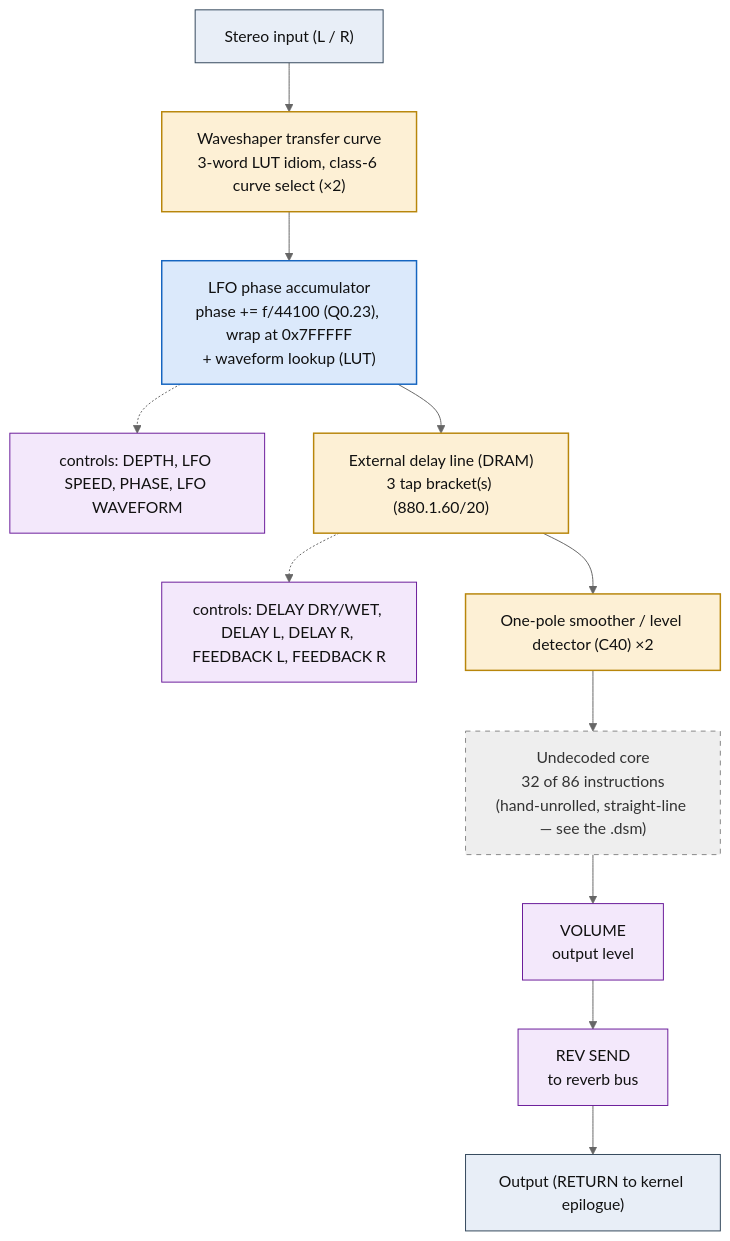
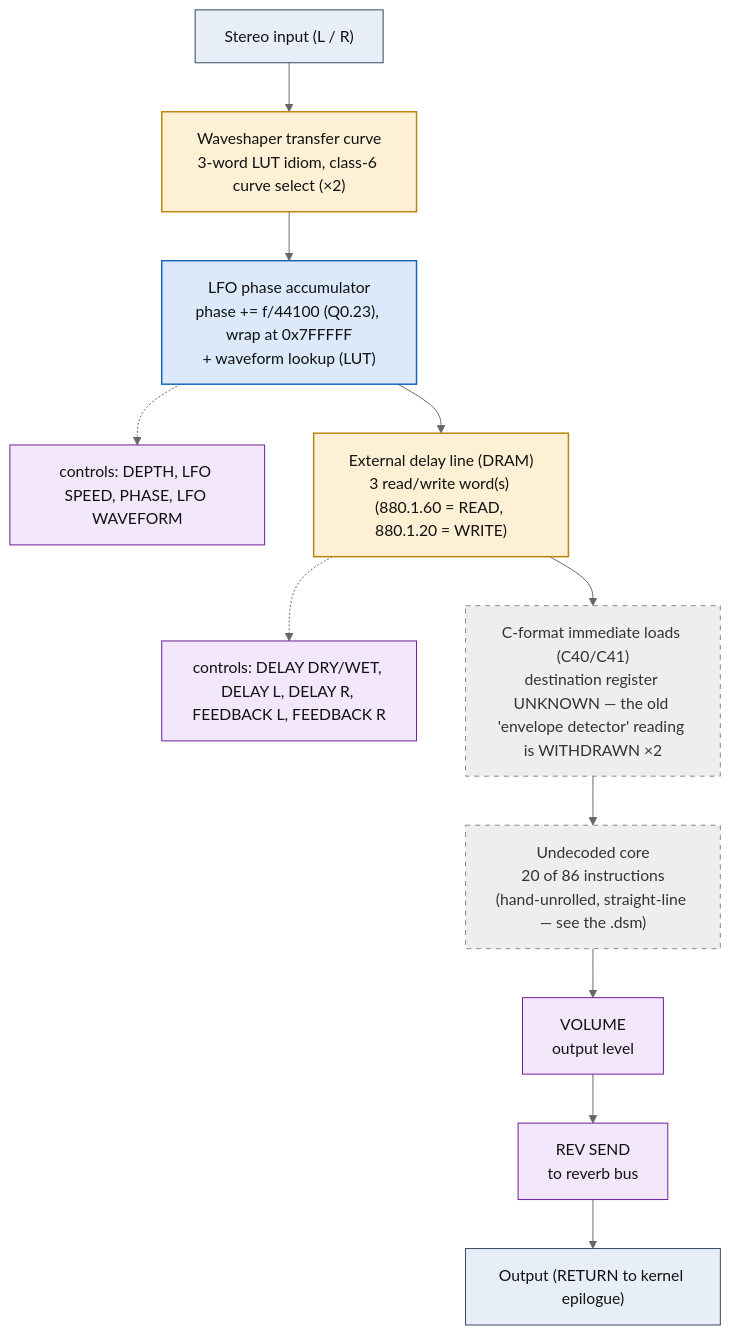
One commit to ArqueologiaDigital/KN5000-docs changed the diagram in flowcharts/prog67_s_delay_vibrato.md. Above: the diagram before and after it, drawn with Mermaid (neutral theme). The commit also changed other lines of this file and 38 other files, not shown here.

First line of the commit message:
flowcharts: withdraw the envelope-detector reading, decode the DRAM accesses

````diff
--- a/flowcharts/prog67_s_delay_vibrato.md
+++ b/flowcharts/prog67_s_delay_vibrato.md
@@ -19,36 +19,36 @@
 ```mermaid
 flowchart TD
     N0["Stereo input (L / R)"]
     N1["Waveshaper transfer curve<br/>3-word LUT idiom, class-6 curve select (&times;2)"]
     N0 --> N1
     N2["LFO phase accumulator<br/>phase += f/44100 (Q0.23), wrap at 0x7FFFFF<br/>+ waveform lookup (LUT)"]
     N1 --> N2
     N3["controls: DEPTH, LFO SPEED, PHASE, LFO WAVEFORM"]
     N2 -.-> N3
-    N4["External delay line (DRAM)<br/>3 tap bracket(s) (880.1.60/20)"]
+    N4["External delay line (DRAM)<br/>3 read/write word(s) (880.1.60 = READ, 880.1.20 = WRITE)"]
     N2 --> N4
     N5["controls: DELAY DRY/WET, DELAY L, DELAY R, FEEDBACK L, FEEDBACK R"]
     N4 -.-> N5
-    N6["One-pole smoother / level detector (C40) &times;2"]
+    N6["C-format immediate loads (C40/C41)<br/>destination register UNKNOWN &mdash; the old 'envelope detector' reading is WITHDRAWN &times;2"]
     N4 --> N6
-    N7["Undecoded core<br/>32 of 86 instructions<br/>(hand-unrolled, straight-line &mdash; see the .dsm)"]
+    N7["Undecoded core<br/>20 of 86 instructions<br/>(hand-unrolled, straight-line &mdash; see the .dsm)"]
     N6 --> N7
     N8["VOLUME<br/>output level"]
     N7 --> N8
     N9["REV SEND<br/>to reverb bus"]
     N8 --> N9
     N10["Output (RETURN to kernel epilogue)"]
     N9 --> N10
 
     classDef io fill:#e8eef7,stroke:#33475b,stroke-width:1px,color:#111;
     classDef proven fill:#d7f0d7,stroke:#2e7d32,stroke-width:2px,color:#111;
     classDef measured fill:#dbe9fb,stroke:#1565c0,stroke-width:1.5px,color:#111;
     classDef inferred fill:#fdf0d5,stroke:#b8860b,stroke-width:1.5px,color:#111;
     classDef open fill:#eeeeee,stroke:#888,stroke-width:1px,color:#333,stroke-dasharray:5 5;
     classDef ctrl fill:#f3e8fb,stroke:#6a1b9a,stroke-width:1px,color:#111;
     class N0,N10 io;
-    class N1,N4,N6 inferred;
+    class N1,N4 inferred;
     class N2 measured;
     class N3,N5,N8,N9 ctrl;
-    class N7 open;
+    class N6,N7 open;
 ```
````
